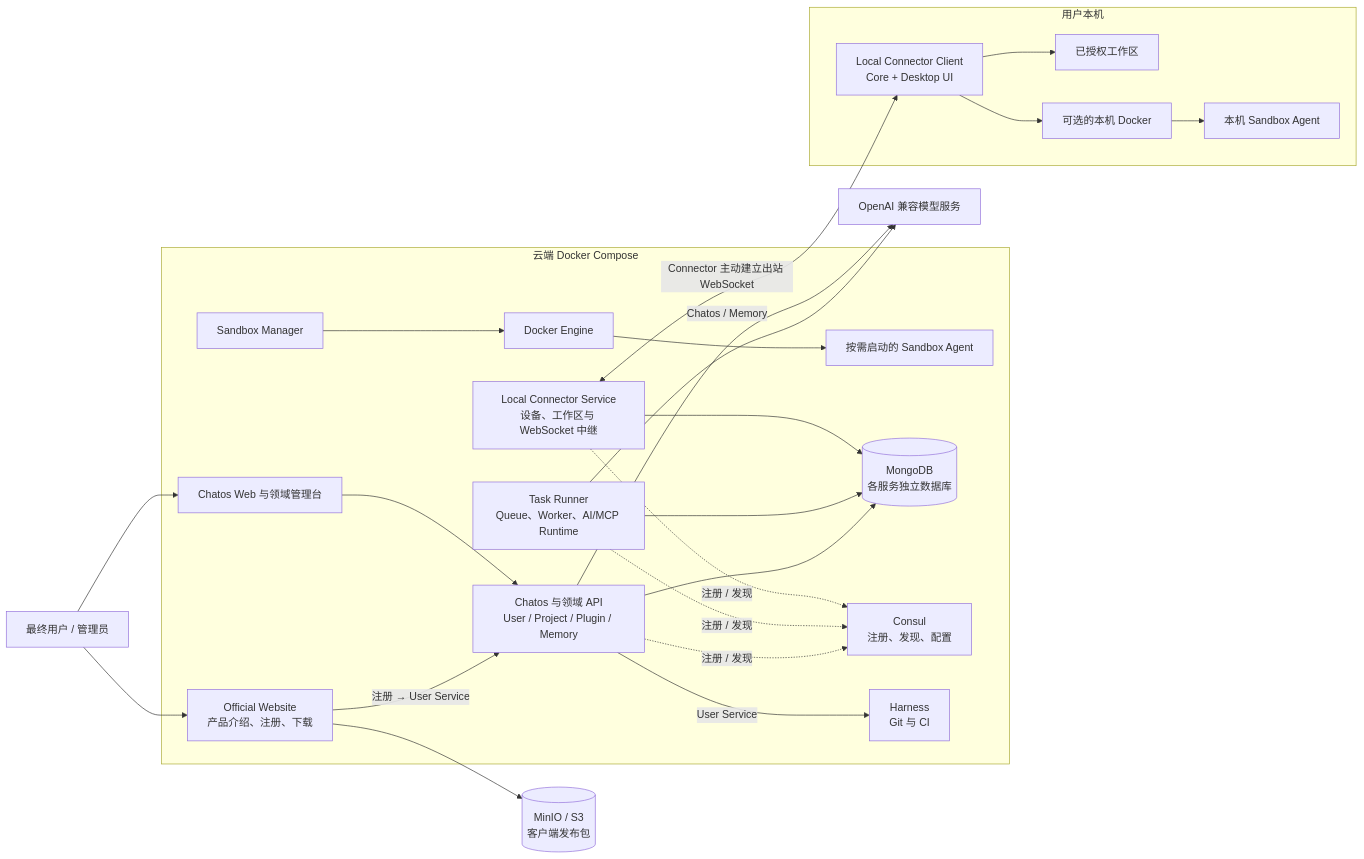
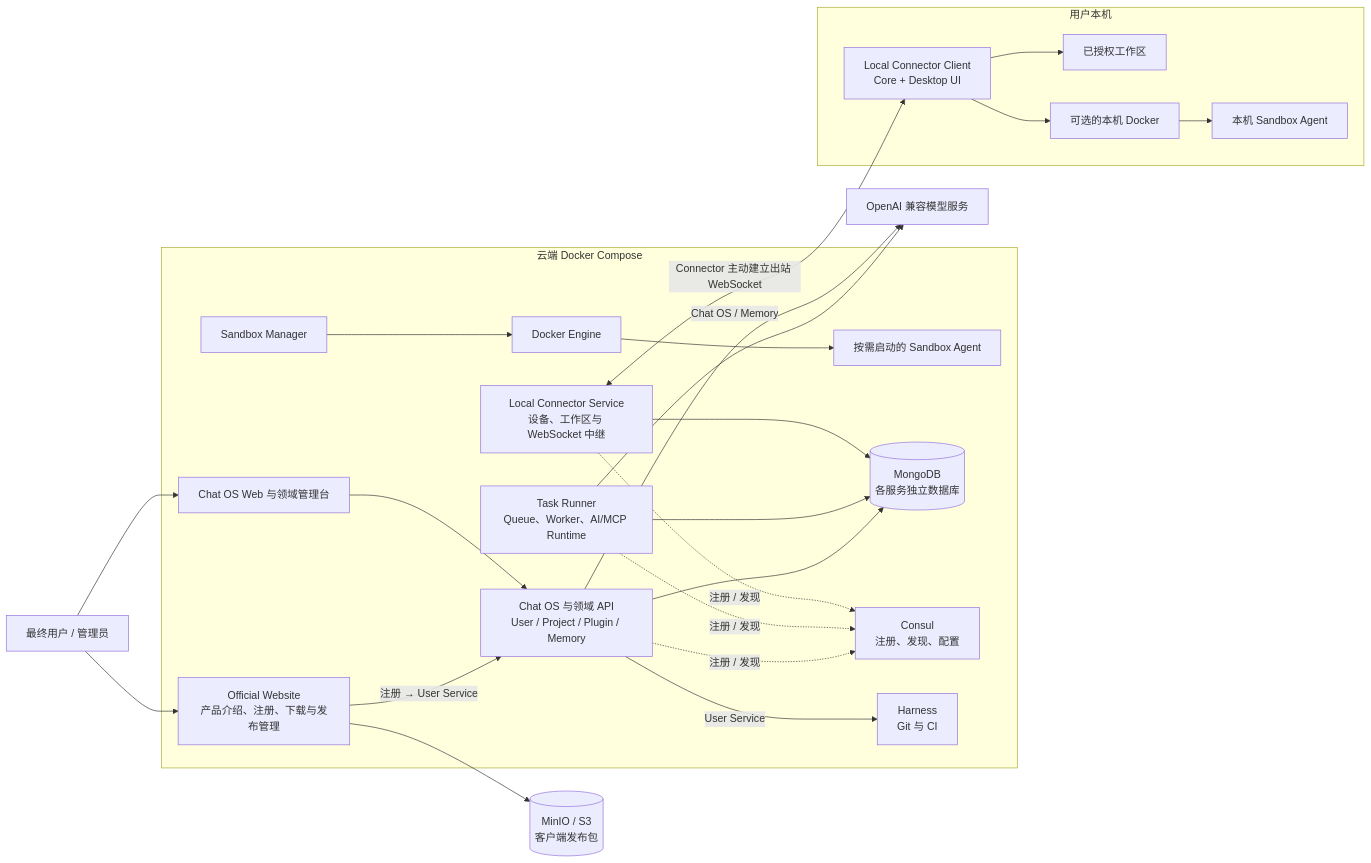
One commit to leeoohoo/chatos_rs changed the first of 7 diagrams in README.md. Above: the diagram before and after it, drawn with Mermaid. The commit also changed other lines of this file and 70 other files, not shown here.

````diff
--- a/README.md
+++ b/README.md
@@ -25,48 +25,48 @@
 ```mermaid
 flowchart LR
     actor["最终用户 / 管理员"]
     model["OpenAI 兼容模型服务"]
     minio[("MinIO / S3<br/>客户端发布包")]
 
     subgraph cloud["云端 Docker Compose"]
-        website["Official Website<br/>产品介绍、注册、下载"]
-        web["Chatos Web 与领域管理台"]
-        api["Chatos 与领域 API<br/>User / Project / Plugin / Memory"]
+        website["Official Website<br/>产品介绍、注册、下载与发布管理"]
+        web["Chat OS Web 与领域管理台"]
+        api["Chat OS 与领域 API<br/>User / Project / Plugin / Memory"]
         runner["Task Runner<br/>Queue、Worker、AI/MCP Runtime"]
         relay["Local Connector Service<br/>设备、工作区与 WebSocket 中继"]
         sandbox["Sandbox Manager"]
         cloudAgent["按需启动的 Sandbox Agent"]
         mongo[("MongoDB<br/>各服务独立数据库")]
         consul["Consul<br/>注册、发现、配置"]
         harness["Harness<br/>Git 与 CI"]
         cloudDocker["Docker Engine"]
     end
 
     subgraph local["用户本机"]
         connector["Local Connector Client<br/>Core + Desktop UI"]
         workspace["已授权工作区"]
         localDocker["可选的本机 Docker"]
         localAgent["本机 Sandbox Agent"]
     end
 
     actor --> website
     actor --> web
     website -->|"注册 → User Service"| api
     website --> minio
     web --> api
     api --> mongo
     runner --> mongo
     relay --> mongo
     api -. "注册 / 发现" .-> consul
     runner -. "注册 / 发现" .-> consul
     relay -. "注册 / 发现" .-> consul
     runner --> model
-    api -->|"Chatos / Memory"| model
+    api -->|"Chat OS / Memory"| model
     api -->|"User Service"| harness
     sandbox --> cloudDocker
     cloudDocker --> cloudAgent
     relay <-->|"Connector 主动建立出站 WebSocket"| connector
     connector --> workspace
     connector --> localDocker
     localDocker --> localAgent
 ```
````
